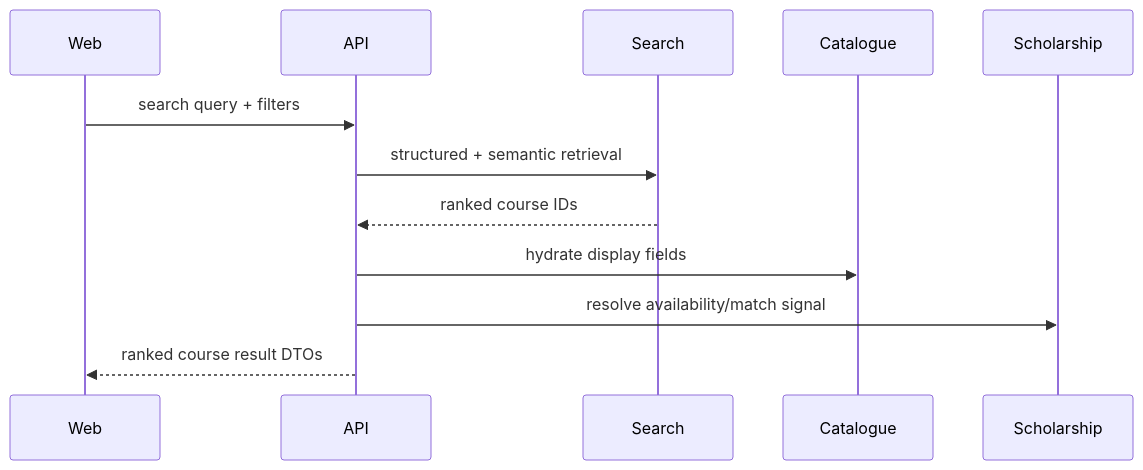
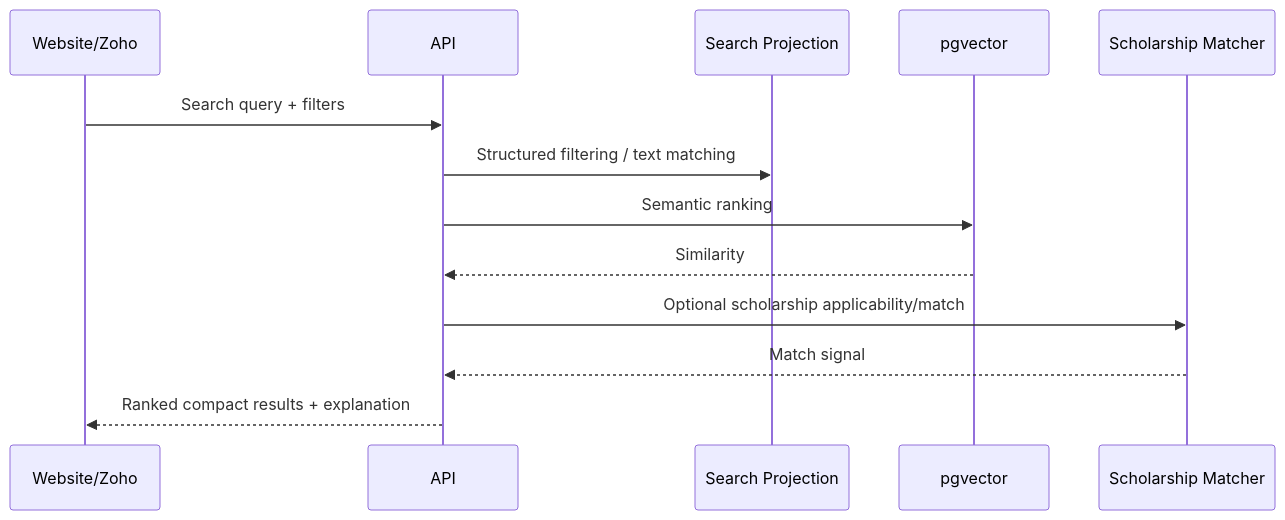
Before and after one commit to msinghbs-ai/coursefinder-admin: the third of 4 diagrams in docs/coursefinder-database-architecture-v2.8.1.md, drawn with Mermaid. The commit also changed other lines of this file, not shown here.

Commit message:
Align standalone v2.8.1 database architecture baseline

````diff
--- a/docs/coursefinder-database-architecture-v2.8.1.md
+++ b/docs/coursefinder-database-architecture-v2.8.1.md
@@ -610,15 +971,16 @@
 ```mermaid
 sequenceDiagram
-    participant Web
-    participant API
-    participant Search
-    participant Catalogue
-    participant Scholarship
+    participant U as Website/Zoho
+    participant A as API
+    participant S as Search Projection
+    participant V as pgvector
+    participant H as Scholarship Matcher
 
-    Web->>API: search query + filters
-    API->>Search: structured + semantic retrieval
-    Search-->>API: ranked course IDs
-    API->>Catalogue: hydrate display fields
-    API->>Scholarship: resolve availability/match signal
-    API-->>Web: ranked course result DTOs
+    U->>A: Search query + filters
+    A->>S: Structured filtering / text matching
+    A->>V: Semantic ranking
+    V-->>A: Similarity
+    A->>H: Optional scholarship applicability/match
+    H-->>A: Match signal
+    A-->>U: Ranked compact results + explanation
 ```
````
